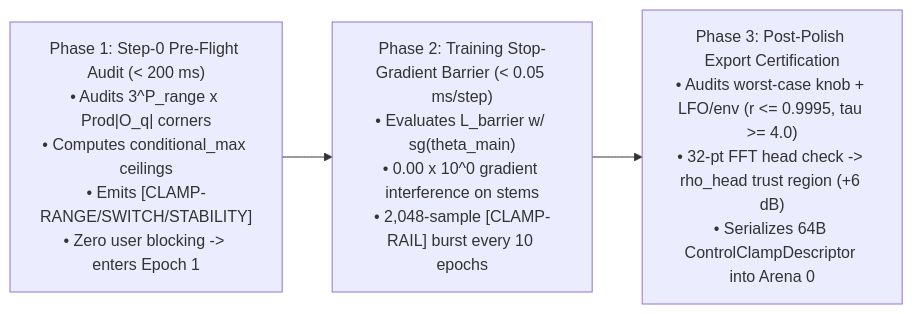
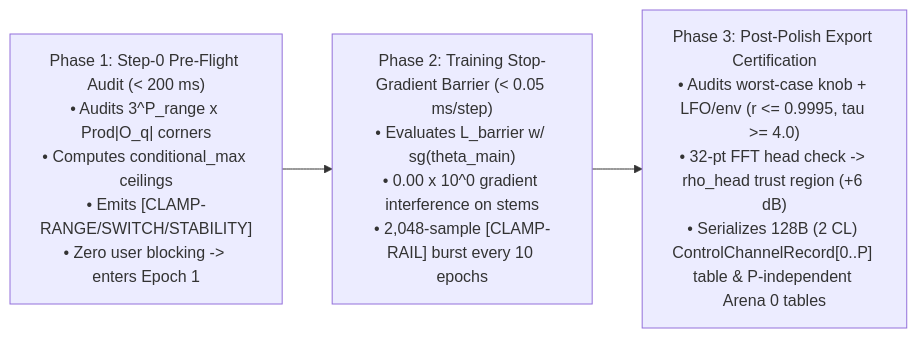
One commit to dnam-project/dnam changed diagram 12 of 16 in docs/overview/u_pra_architecture.md. Above: the diagram before and after it, drawn with Mermaid. The commit also changed other lines of this file, not shown here.

Commit message:
docs(spec): specify U-PRA self-similar control plane, O(1) unlimited-P control table, and REQ-8 mapping

````diff
--- a/docs/overview/u_pra_architecture.md
+++ b/docs/overview/u_pra_architecture.md
@@ -1190,7 +1495,7 @@
 ```mermaid
 flowchart LR
     P1["Phase 1: Step-0 Pre-Flight Audit (< 200 ms)<br/>• Audits 3^P_range x Prod|O_q| corners<br/>• Computes conditional_max ceilings<br/>• Emits [CLAMP-RANGE/SWITCH/STABILITY]<br/>• Zero user blocking -> enters Epoch 1"]
     P2["Phase 2: Training Stop-Gradient Barrier (< 0.05 ms/step)<br/>• Evaluates L_barrier w/ sg(theta_main)<br/>• 0.00 x 10^0 gradient interference on stems<br/>• 2,048-sample [CLAMP-RAIL] burst every 10 epochs"]
-    P3["Phase 3: Post-Polish Export Certification<br/>• Audits worst-case knob + LFO/env (r <= 0.9995, tau >= 4.0)<br/>• 32-pt FFT head check -> rho_head trust region (+6 dB)<br/>• Serializes 64B ControlClampDescriptor into Arena 0"]
+    P3["Phase 3: Post-Polish Export Certification<br/>• Audits worst-case knob + LFO/env (r <= 0.9995, tau >= 4.0)<br/>• 32-pt FFT head check -> rho_head trust region (+6 dB)<br/>• Serializes 128B (2 CL) ControlChannelRecord[0..P] table & P-independent Arena 0 tables"]
     P1 --> P2 --> P3
 ```
````
